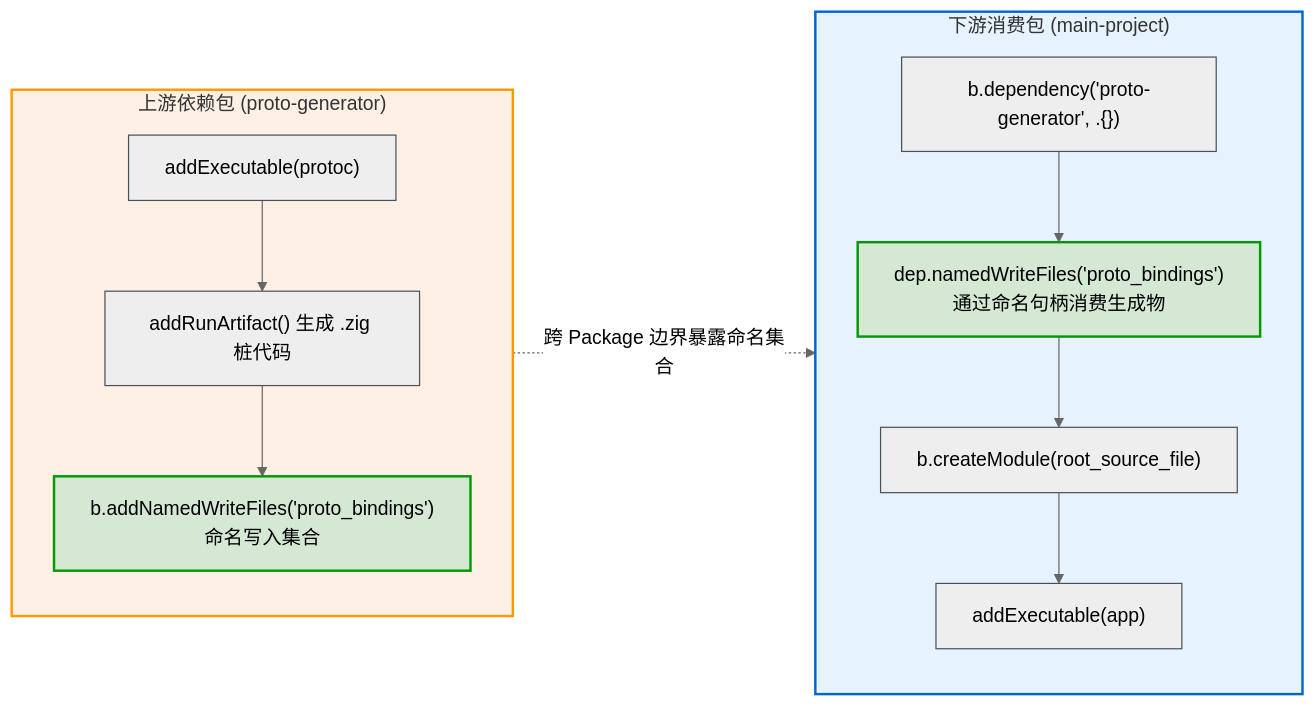
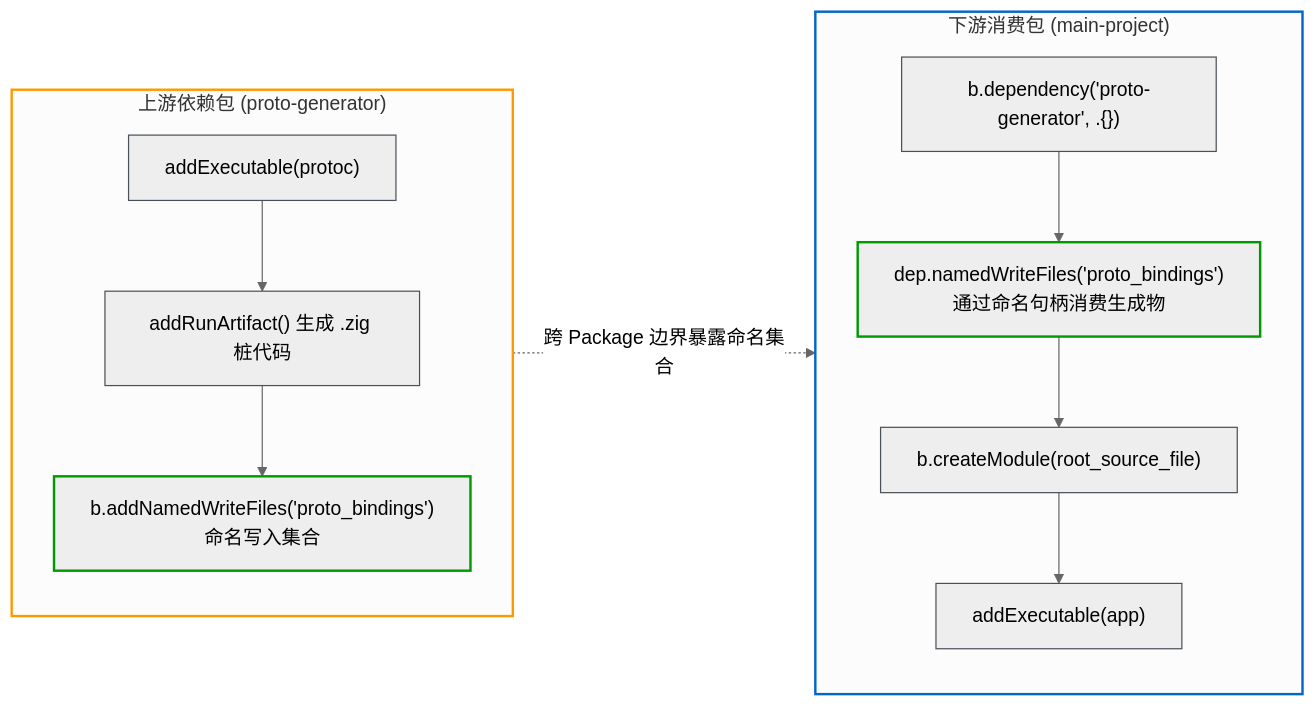
Before and after one commit to jiacai2050/x: the diagram in zig-build/src/api/code-generation-api.md, drawn with Mermaid (neutral theme). The commit also changed 6 other files, not shown here.

````diff
--- a/zig-build/src/api/code-generation-api.md
+++ b/zig-build/src/api/code-generation-api.md
@@ -174,29 +174,29 @@
 ```mermaid
 flowchart LR
     subgraph Upstream ["上游依赖包 (proto-generator)"]
         direction TB
         Generator["addExecutable(protoc)"]
         RunGen["addRunArtifact() 生成 .zig 桩代码"]
         NamedWF["b.addNamedWriteFiles('proto_bindings')<br/>命名写入集合"]
 
         Generator --> RunGen --> NamedWF
     end
 
     subgraph Downstream ["下游消费包 (main-project)"]
         direction TB
         Dep["b.dependency('proto-generator', .{})"]
         GetWF["dep.namedWriteFiles('proto_bindings')<br/>通过命名句柄消费生成物"]
         AppMod["b.createModule(root_source_file)"]
         AppExe["addExecutable(app)"]
 
         Dep --> GetWF --> AppMod --> AppExe
     end
 
     NamedWF -. "跨 Package 边界暴露命名集合" .-> GetWF
 
     classDef default stroke:#495057;
-    style Upstream fill:#fff0e6,stroke:#ff9900,stroke-width:2px;
-    style Downstream fill:#e6f3ff,stroke:#0066cc,stroke-width:2px;
-    style NamedWF fill:#d5e8d4,stroke:#009900,stroke-width:2px;
-    style GetWF fill:#d5e8d4,stroke:#009900,stroke-width:2px;
+    style Upstream stroke:#ff9900,stroke-width:2px;
+    style Downstream stroke:#0066cc,stroke-width:2px;
+    style NamedWF stroke:#009900,stroke-width:2px;
+    style GetWF stroke:#009900,stroke-width:2px;
 ```
````
